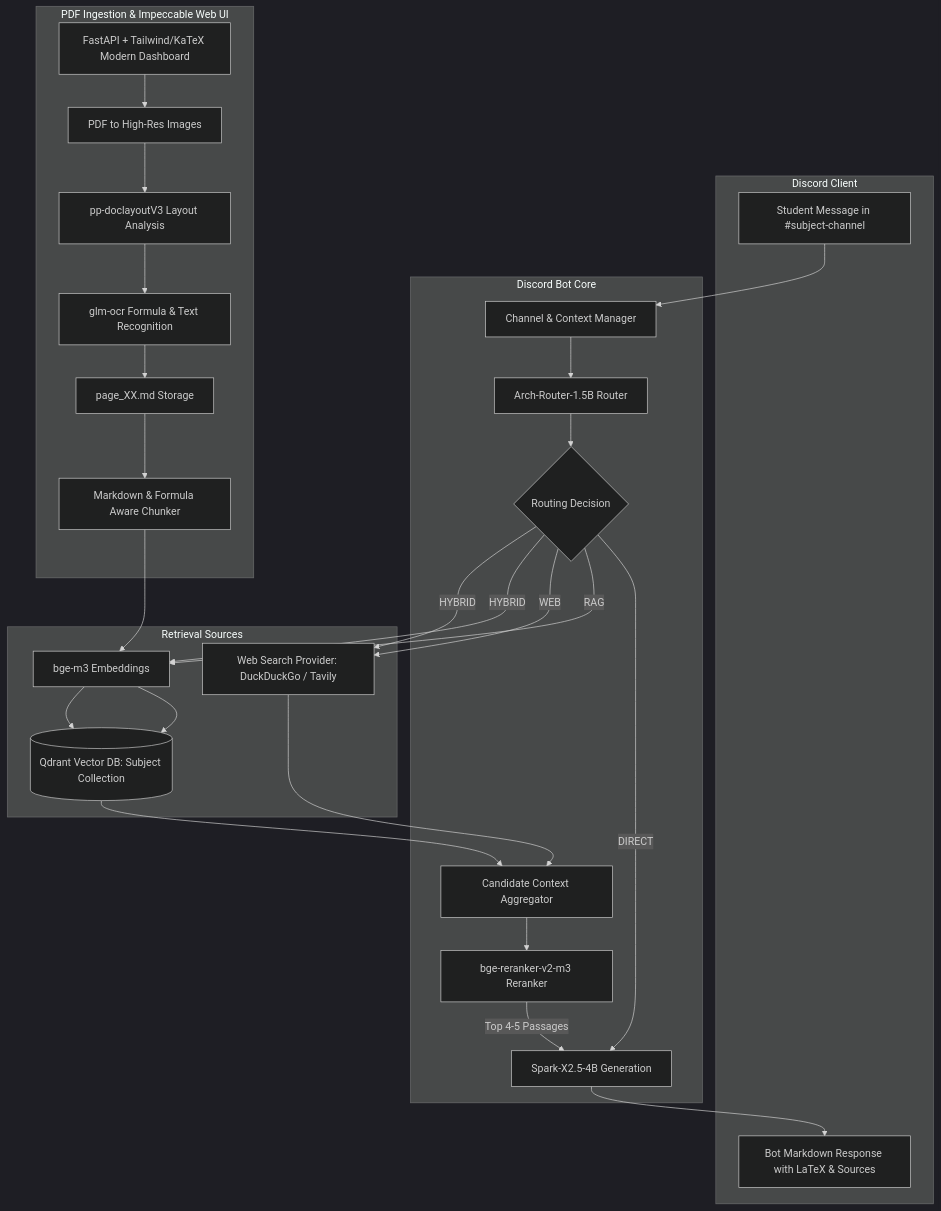
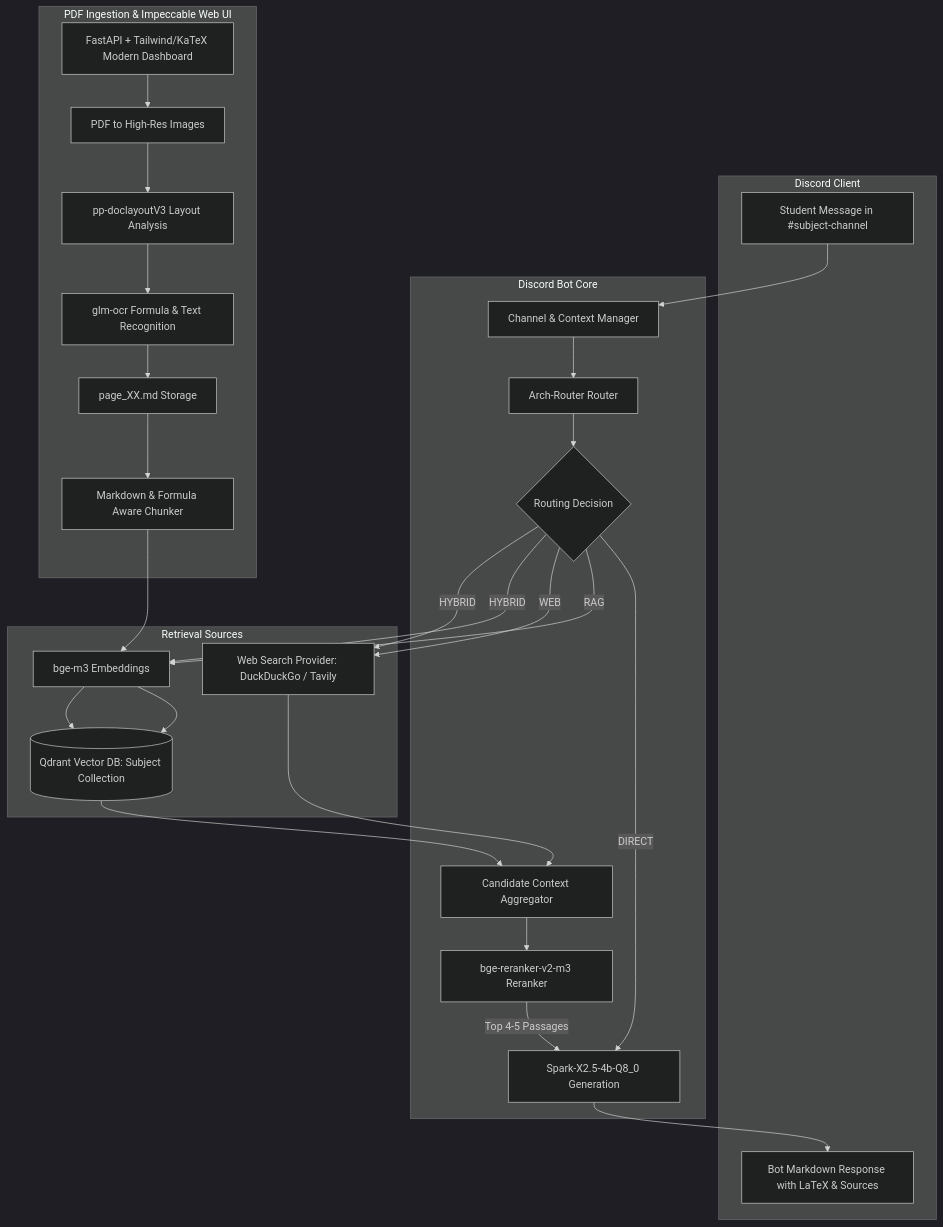
The diagram in PLAN.md (crystisor/CampusAI), drawn with Mermaid (dark theme) before and after one commit. The commit also changed other lines of this file and 41 other files, not shown here.

````diff
--- a/PLAN.md
+++ b/PLAN.md
@@ -62,45 +62,45 @@
 ```mermaid
 flowchart TD
     subgraph Discord["Discord Client"]
         Msg[Student Message in #subject-channel]
         BotResp[Bot Markdown Response with LaTeX & Sources]
     end
 
     subgraph BotService["Discord Bot Core"]
         Handler[Channel & Context Manager]
-        Router[Arch-Router-1.5B Router]
+        Router[Arch-Router Router]
         Decision{Routing Decision}
         Aggregator[Candidate Context Aggregator]
         RerankerNode[bge-reranker-v2-m3 Reranker]
-        LLMNode[Spark-X2.5-4B Generation]
+        LLMNode[Spark-X2.5-4b-Q8_0 Generation]
     end
 
     subgraph DataRetrieval["Retrieval Sources"]
         QdrantDB[(Qdrant Vector DB: Subject Collection)]
         WebSearch[Web Search Provider: DuckDuckGo / Tavily]
         BgeEmbed[bge-m3 Embeddings]
     end
 
     subgraph IngestionPipeline["PDF Ingestion & Impeccable Web UI"]
         WebUI[FastAPI + Tailwind/KaTeX Modern Dashboard]
         PDFSplit[PDF to High-Res Images]
         DocLayout[pp-doclayoutV3 Layout Analysis]
         GLMOCR[glm-ocr Formula & Text Recognition]
         MDStorage[page_XX.md Storage]
         Chunker[Markdown & Formula Aware Chunker]
     end
 
     %% Ingestion Flow
     WebUI --> PDFSplit --> DocLayout --> GLMOCR --> MDStorage --> Chunker --> BgeEmbed --> QdrantDB
 
     %% Query Flow
     Msg --> Handler --> Router --> Decision
     Decision -- "DIRECT" --> LLMNode
     Decision -- "RAG" --> BgeEmbed
     Decision -- "WEB" --> WebSearch
     Decision -- "HYBRID" --> BgeEmbed & WebSearch
 
     BgeEmbed --> QdrantDB --> Aggregator
     WebSearch --> Aggregator
     Aggregator --> RerankerNode --> |Top 4-5 Passages| LLMNode --> BotResp
 ```
````
